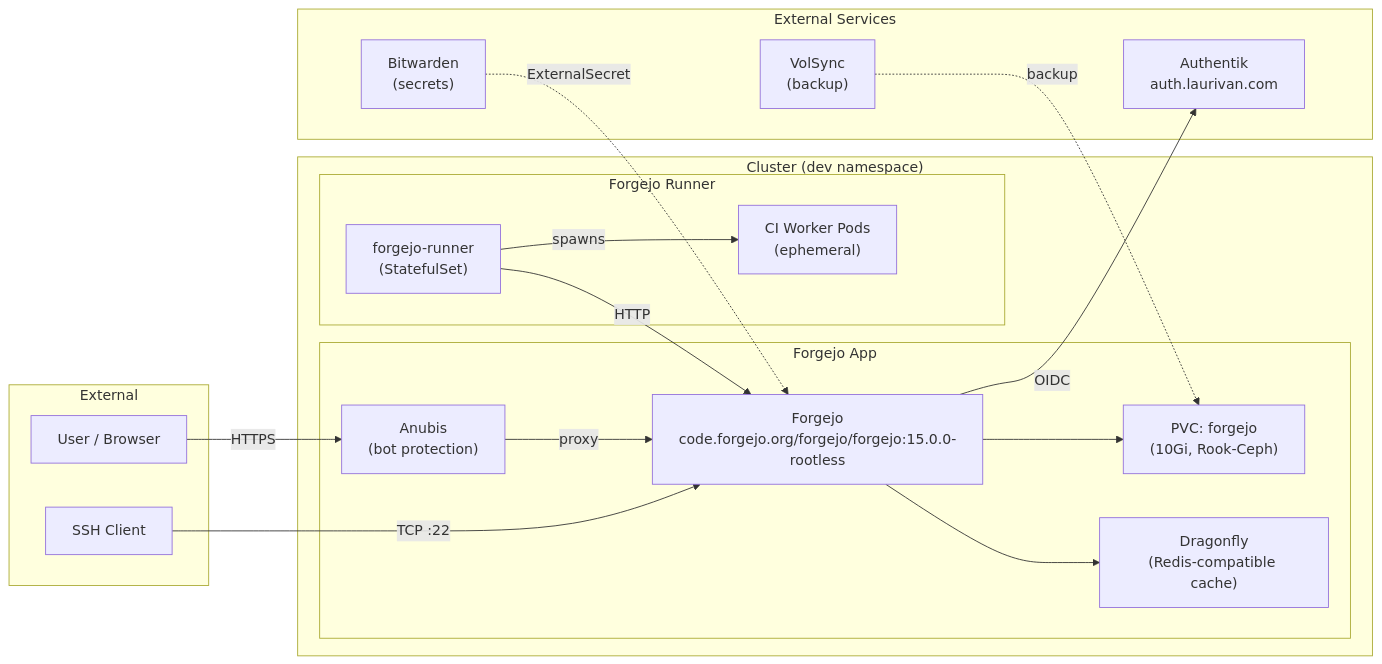
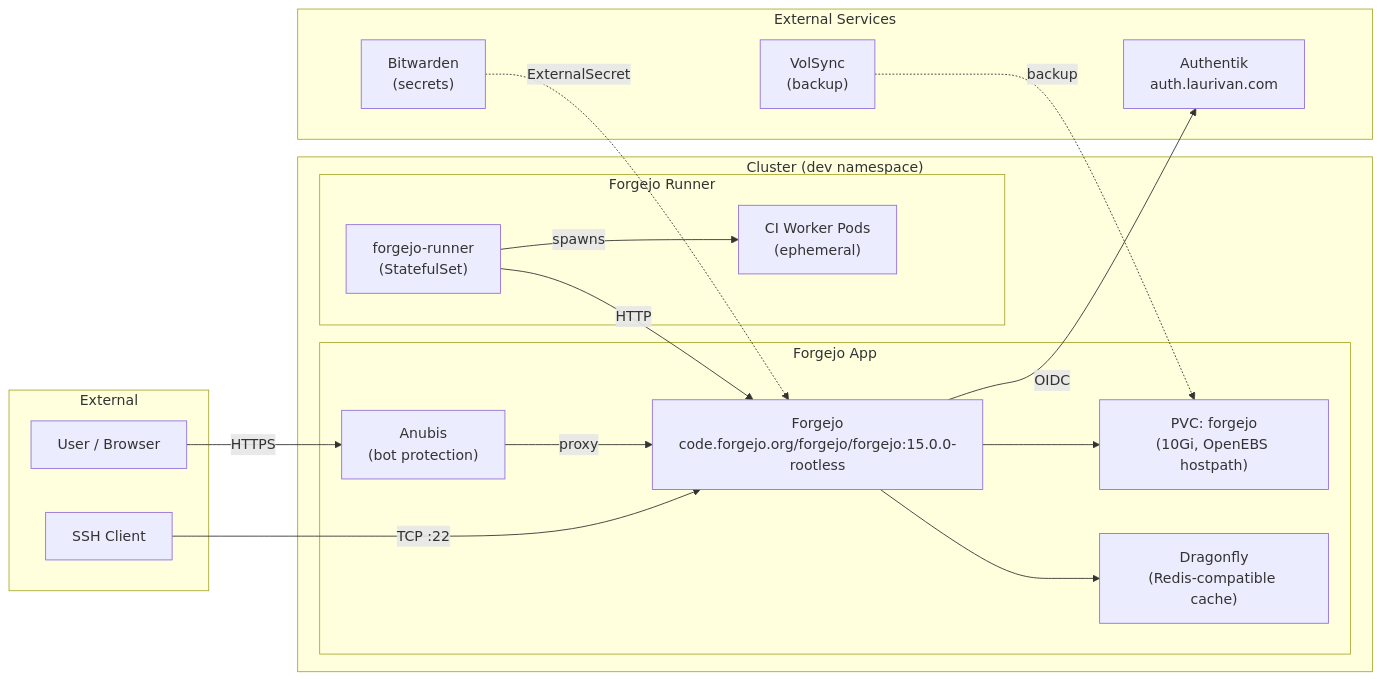
Before and after one commit to equinoxel/home-ops: the diagram in kubernetes/apps/development/forgejo/README.md, drawn with Mermaid. The commit also changed other lines of this file and 3 other files, not shown here.

First line of the commit message:
feat(forgejo): migrate storage backend from Rook-Ceph to OpenEBS hostpath

````diff
--- a/kubernetes/apps/development/forgejo/README.md
+++ b/kubernetes/apps/development/forgejo/README.md
@@ -7,37 +7,37 @@
 ```mermaid
 graph LR
     subgraph External
         User[User / Browser]
         SSH[SSH Client]
     end
 
     subgraph "Cluster (dev namespace)"
         subgraph "Forgejo App"
             Anubis["Anubis<br/>(bot protection)"]
             Forgejo["Forgejo<br/>code.forgejo.org/forgejo/forgejo:15.0.0-rootless"]
             Dragonfly["Dragonfly<br/>(Redis-compatible cache)"]
-            PVC["PVC: forgejo<br/>(10Gi, Rook-Ceph)"]
+            PVC["PVC: forgejo<br/>(10Gi, OpenEBS hostpath)"]
         end
 
         subgraph "Forgejo Runner"
             Runner["forgejo-runner<br/>(StatefulSet)"]
             WorkerPods["CI Worker Pods<br/>(ephemeral)"]
         end
     end
 
     subgraph "External Services"
         Authentik["Authentik<br/>auth.laurivan.com"]
         Bitwarden["Bitwarden<br/>(secrets)"]
         VolSync["VolSync<br/>(backup)"]
     end
 
     User -->|HTTPS| Anubis -->|proxy| Forgejo
     SSH -->|TCP :22| Forgejo
     Forgejo --> Dragonfly
     Forgejo --> PVC
     Forgejo -->|OIDC| Authentik
     Runner -->|HTTP| Forgejo
     Runner -->|spawns| WorkerPods
     Bitwarden -.->|ExternalSecret| Forgejo
     VolSync -.->|backup| PVC
 ```
````
